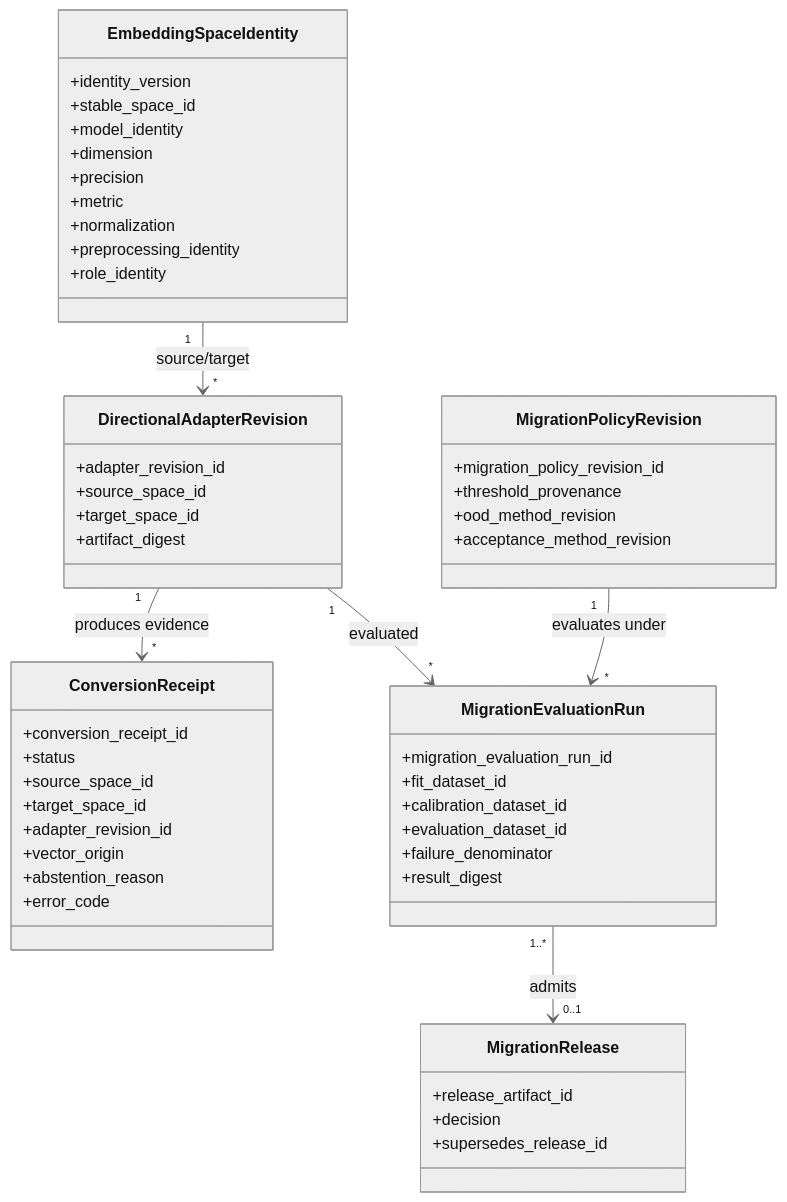
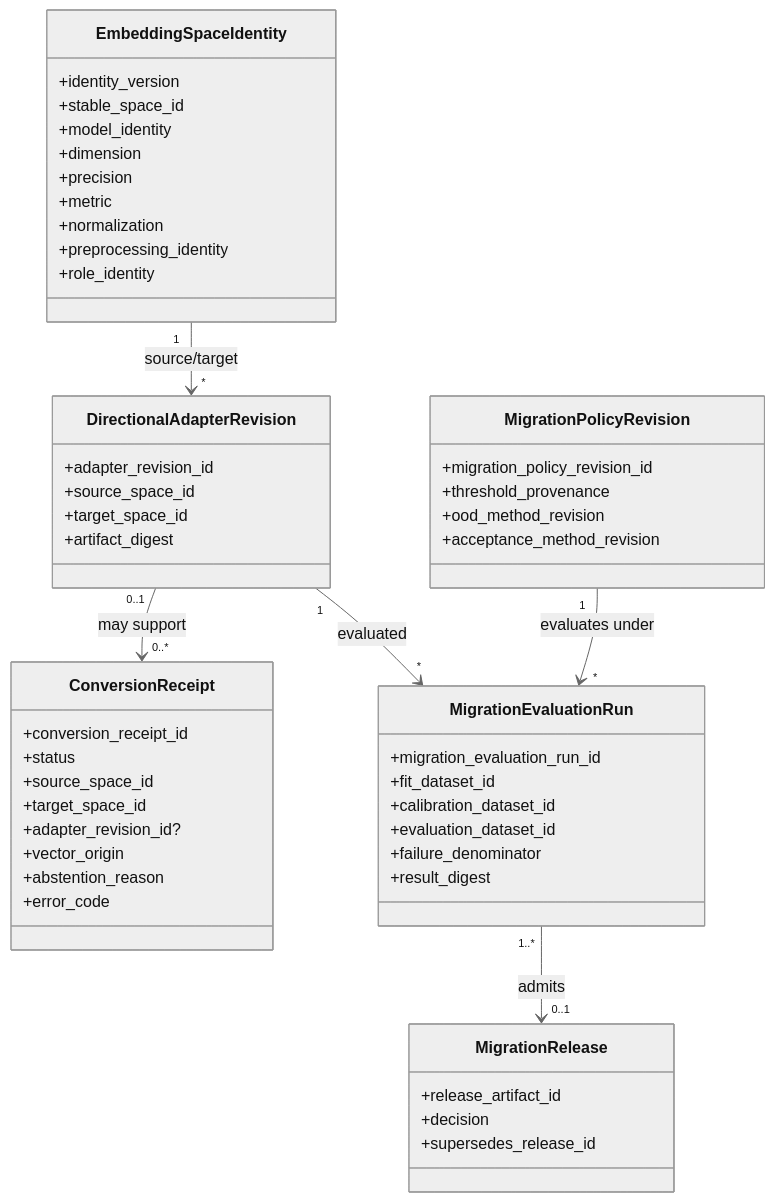
The fourth of 4 diagrams in docs/UML.md (ContextualWisdomLab/EmbedRelay), drawn with Mermaid (neutral theme) before and after one commit. The commit also changed other lines of this file and 2 other files, not shown here.

Commit message:
fix(docs): align receipt model and validator semantics
Make adapter identity optional for error receipts in the conceptual UML/ERD while requiring it for converted outcomes, and make the dependency-free response validator reject unsupported schema keywords and non-finite numeric vector entries directly.

````diff
--- a/docs/UML.md
+++ b/docs/UML.md
@@ -95,60 +97,60 @@
 ```mermaid
 classDiagram
     class EmbeddingSpaceIdentity {
       +identity_version
       +stable_space_id
       +model_identity
       +dimension
       +precision
       +metric
       +normalization
       +preprocessing_identity
       +role_identity
     }
 
     class DirectionalAdapterRevision {
       +adapter_revision_id
       +source_space_id
       +target_space_id
       +artifact_digest
     }
 
     class ConversionReceipt {
       +conversion_receipt_id
       +status
       +source_space_id
       +target_space_id
-      +adapter_revision_id
+      +adapter_revision_id?
       +vector_origin
       +abstention_reason
       +error_code
     }
 
     class MigrationPolicyRevision {
       +migration_policy_revision_id
       +threshold_provenance
       +ood_method_revision
       +acceptance_method_revision
     }
 
     class MigrationEvaluationRun {
       +migration_evaluation_run_id
       +fit_dataset_id
       +calibration_dataset_id
       +evaluation_dataset_id
       +failure_denominator
       +result_digest
     }
 
     class MigrationRelease {
       +release_artifact_id
       +decision
       +supersedes_release_id
     }
 
     EmbeddingSpaceIdentity "1" --> "*" DirectionalAdapterRevision : source/target
-    DirectionalAdapterRevision "1" --> "*" ConversionReceipt : produces evidence
+    DirectionalAdapterRevision "0..1" --> "0..*" ConversionReceipt : may support
     MigrationPolicyRevision "1" --> "*" MigrationEvaluationRun : evaluates under
     DirectionalAdapterRevision "1" --> "*" MigrationEvaluationRun : evaluated
     MigrationEvaluationRun "1..*" --> "0..1" MigrationRelease : admits
 ```
````
